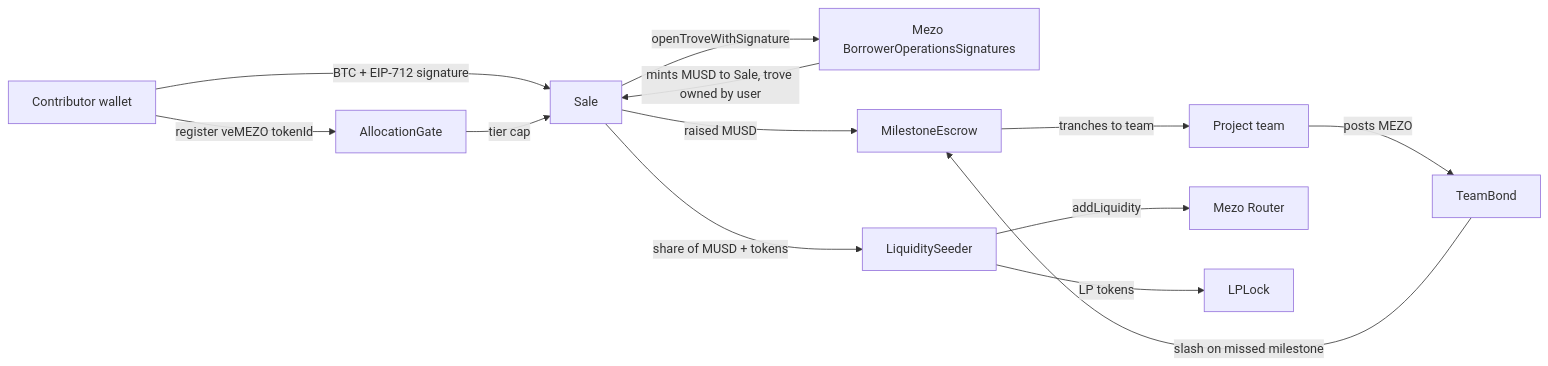
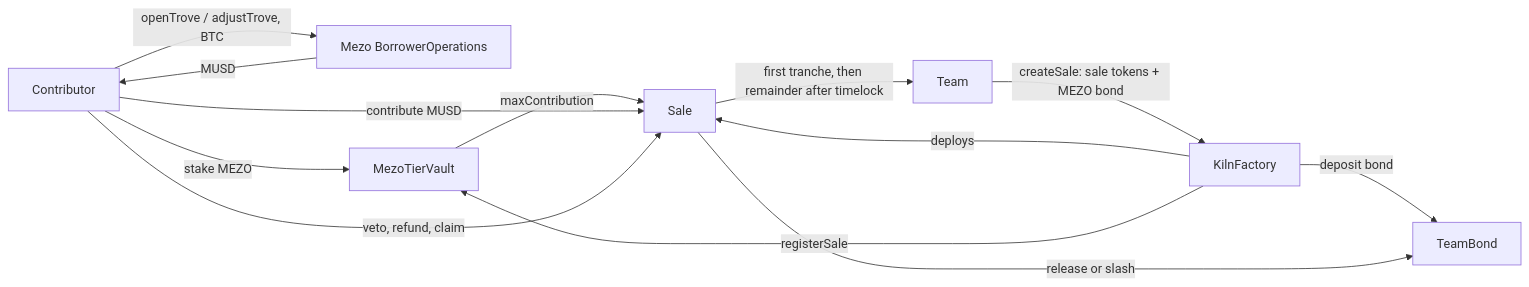
The diagram in README.md (embolaweb3/kiln), drawn with Mermaid before and after one commit. The commit also changed other lines of this file, not shown here.

````diff
--- a/README.md
+++ b/README.md
@@ -27,15 +20,15 @@
 ```mermaid
 flowchart LR
-    U[Contributor wallet] -->|BTC + EIP-712 signature| S[Sale]
-    S -->|openTroveWithSignature| BO[Mezo BorrowerOperationsSignatures]
-    BO -->|mints MUSD to Sale, trove owned by user| S
-    U -->|register veMEZO tokenId| G[AllocationGate]
-    G -->|tier cap| S
-    T[Project team] -->|posts MEZO| B[TeamBond]
-    B -->|slash on missed milestone| M[MilestoneEscrow]
-    S -->|raised MUSD| M
-    M -->|tranches to team| T
-    S -->|share of MUSD + tokens| L[LiquiditySeeder]
-    L -->|addLiquidity| R[Mezo Router]
-    L -->|LP tokens| K[LPLock]
+    U[Contributor] -->|openTrove / adjustTrove, BTC| BO[Mezo BorrowerOperations]
+    BO -->|MUSD| U
+    U -->|stake MEZO| V[MezoTierVault]
+    V -->|maxContribution| S[Sale]
+    U -->|contribute MUSD| S
+    T[Team] -->|createSale: sale tokens + MEZO bond| F[KilnFactory]
+    F -->|deploys| S
+    F -->|deposit bond| B[TeamBond]
+    F -->|registerSale| V
+    S -->|first tranche, then remainder after timelock| T
+    S -->|release or slash| B
+    U -->|veto, refund, claim| S
 ```
````
